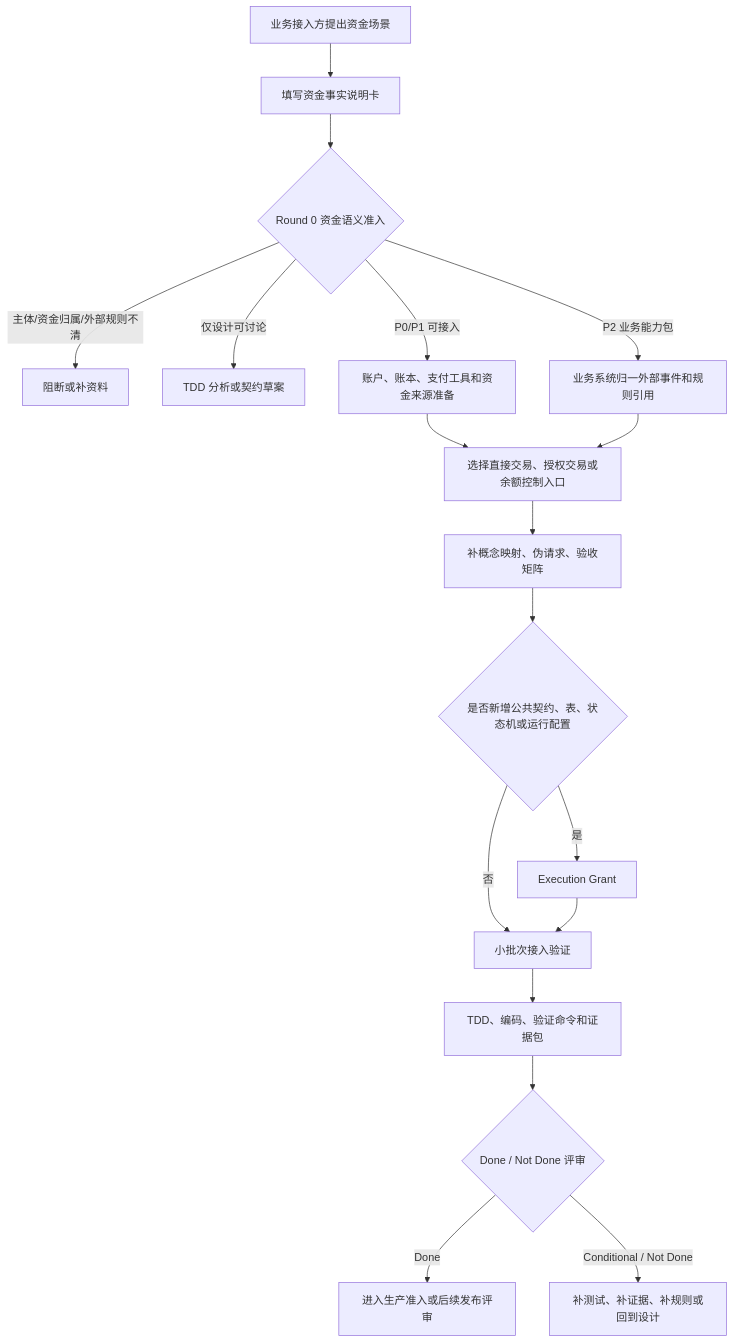
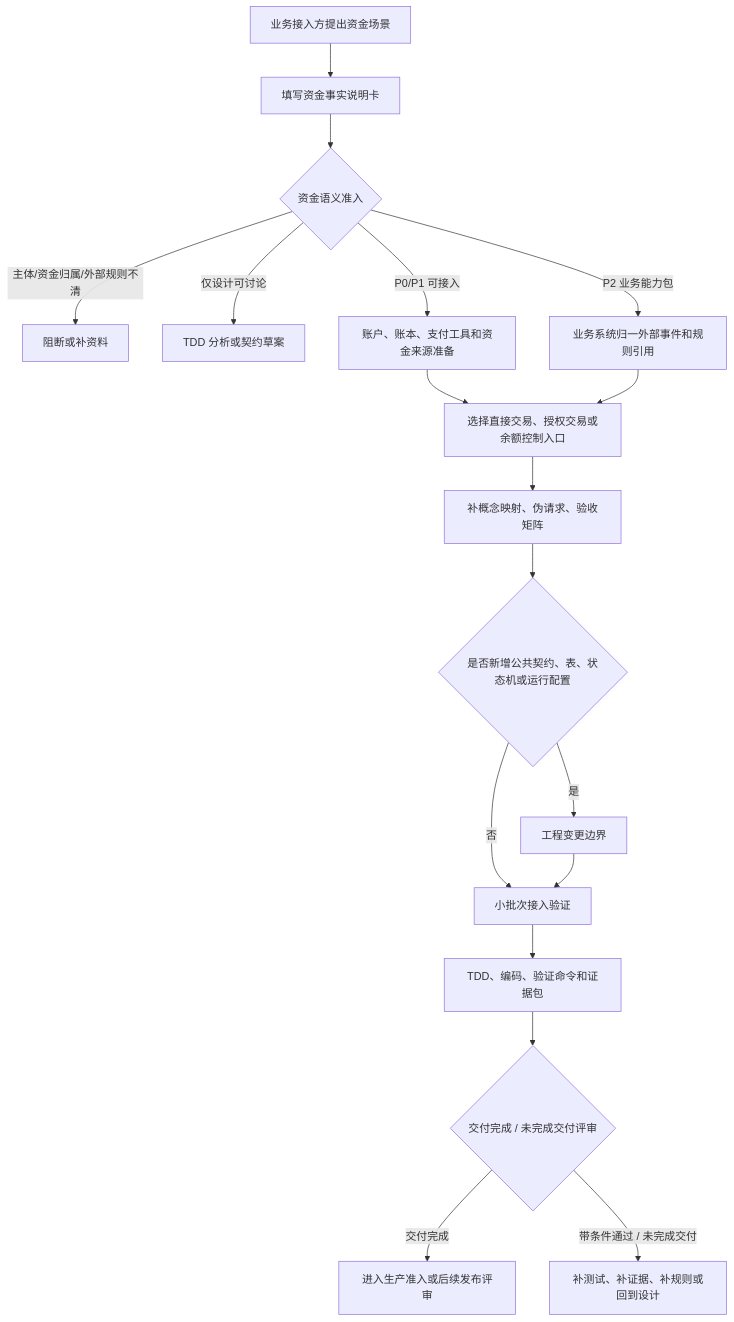
One commit to fengwuxp/wind-funds changed the diagram in docs/用户接入指南/wind-funds用户接入指南.md. Above: the diagram before and after it, drawn with Mermaid. The commit also changed other lines of this file and 29 other files, not shown here.

````diff
--- a/docs/用户接入指南/wind-funds用户接入指南.md
+++ b/docs/用户接入指南/wind-funds用户接入指南.md
@@ -303,20 +303,20 @@
 ```mermaid
 flowchart TD
     A["业务接入方提出资金场景"] --> B["填写资金事实说明卡"]
-    B --> C{"Round 0 资金语义准入"}
+    B --> C{"资金语义准入"}
     C -->|"主体/资金归属/外部规则不清"| D["阻断或补资料"]
     C -->|"仅设计可讨论"| E["TDD 分析或契约草案"]
     C -->|"P0/P1 可接入"| F["账户、账本、支付工具和资金来源准备"]
     C -->|"P2 业务能力包"| G["业务系统归一外部事件和规则引用"]
     F --> H["选择直接交易、授权交易或余额控制入口"]
     G --> H
     H --> I["补概念映射、伪请求、验收矩阵"]
     I --> J{"是否新增公共契约、表、状态机或运行配置"}
-    J -->|"是"| K["Execution Grant"]
+    J -->|"是"| K["工程变更边界"]
     J -->|"否"| L["小批次接入验证"]
     K --> L
     L --> M["TDD、编码、验证命令和证据包"]
-    M --> N{"Done / Not Done 评审"}
-    N -->|"Done"| O["进入生产准入或后续发布评审"]
-    N -->|"Conditional / Not Done"| P["补测试、补证据、补规则或回到设计"]
+    M --> N{"交付完成 / 未完成交付评审"}
+    N -->|"交付完成"| O["进入生产准入或后续发布评审"]
+    N -->|"带条件通过 / 未完成交付"| P["补测试、补证据、补规则或回到设计"]
 ```
````
